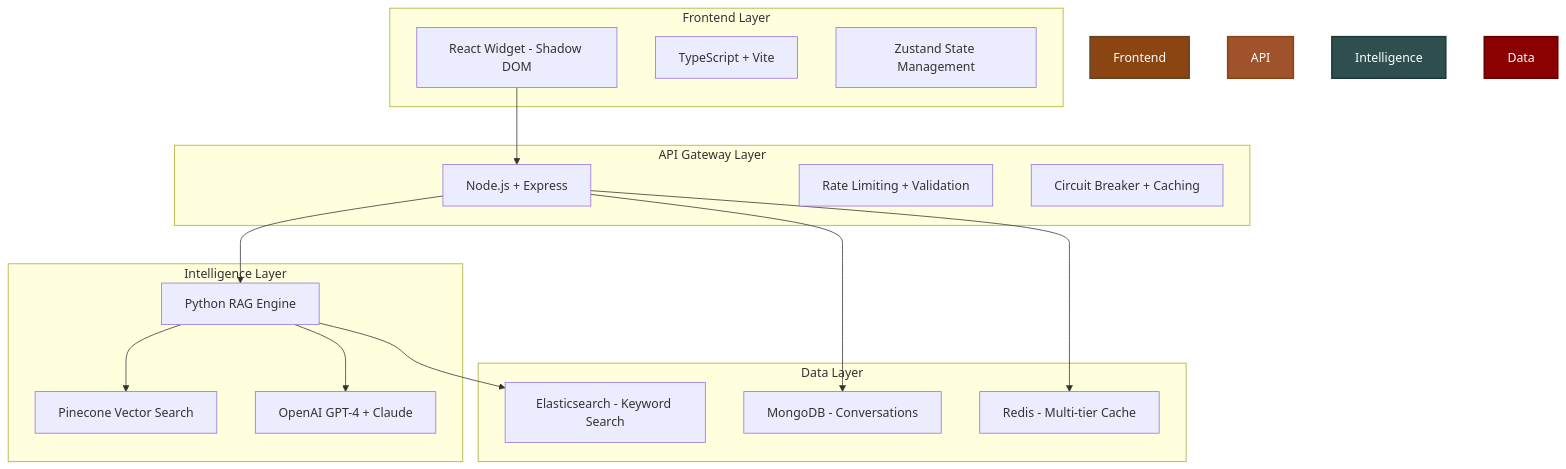
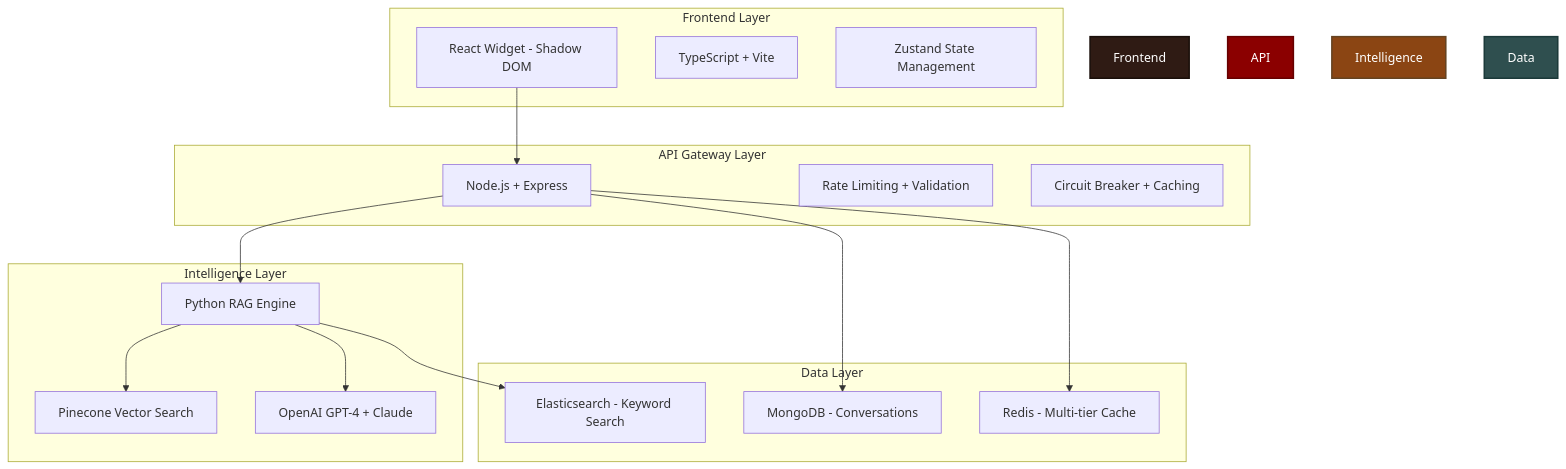
Before and after one commit to TensorScholar/commerce-support-advisor: the diagram in README.md, drawn with Mermaid.

Commit message:
style: Rearrange Mermaid diagram colors for better visual hierarchy
- Frontend: Dark Brown (2F1B14) - Deepest, most premium color
- API: Dark Red (8B0000) - Strong, authoritative color
- Intelligence: Saddle Brown (8B4513) - Rich, warm brown
- Data: Dark Slate Gray (2F4F4F) - Sophisticated, stable color
- Creates better visual flow and hierarchy in the diagram

````diff
--- a/README.md
+++ b/README.md
@@ -20,39 +20,39 @@
 ```mermaid
 graph TD
     subgraph Frontend Layer
         A[React Widget - Shadow DOM]
         B[TypeScript + Vite]
         C[Zustand State Management]
     end
 
     subgraph API Gateway Layer
         D[Node.js + Express]
         E[Rate Limiting + Validation]
         F[Circuit Breaker + Caching]
     end
 
     subgraph Intelligence Layer
         G[Python RAG Engine]
         H[OpenAI GPT-4 + Claude]
         I[Pinecone Vector Search]
     end
 
     subgraph Data Layer
         J[MongoDB - Conversations]
         K[Redis - Multi-tier Cache]
         L[Elasticsearch - Keyword Search]
     end
 
     A --> D
     D --> G
     G --> I
     G --> H
     D --> J
     D --> K
     G --> L
 
-    style Frontend fill:#8B4513,stroke:#654321,stroke-width:2px,color:#fff
-    style API fill:#A0522D,stroke:#8B4513,stroke-width:2px,color:#fff
-    style Intelligence fill:#2F4F4F,stroke:#1C3A3A,stroke-width:2px,color:#fff
-    style Data fill:#8B0000,stroke:#660000,stroke-width:2px,color:#fff
+    style Frontend fill:#2F1B14,stroke:#1A0F0A,stroke-width:2px,color:#fff
+    style API fill:#8B0000,stroke:#660000,stroke-width:2px,color:#fff
+    style Intelligence fill:#8B4513,stroke:#654321,stroke-width:2px,color:#fff
+    style Data fill:#2F4F4F,stroke:#1C3A3A,stroke-width:2px,color:#fff
 ```
````
